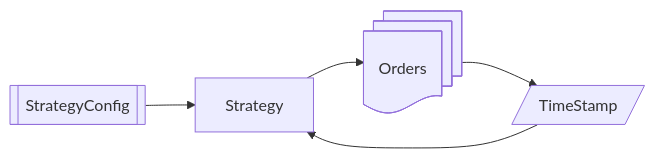
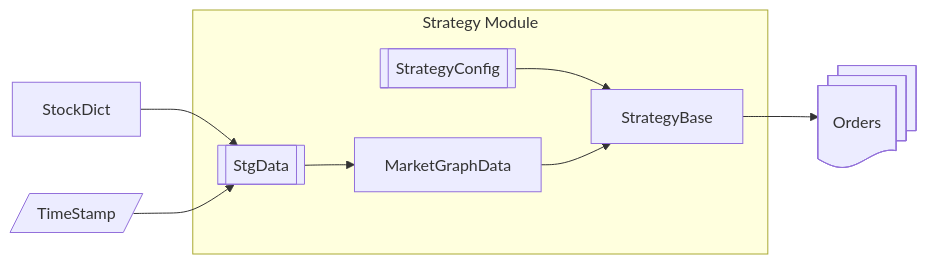
Before and after one commit to dev-ddr/finmetry: the diagram in docs/concepts/strategy_handling_module.md, drawn with Mermaid. The commit also changed other lines of this file and 7 other files, not shown here.

````diff
--- a/docs/concepts/strategy_handling_module.md
+++ b/docs/concepts/strategy_handling_module.md
@@ -5,15 +7,19 @@
 ```mermaid
 
 flowchart LR
 
-sconfig[[StrategyConfig]]
-stg1[Strategy]
+subgraph STG["Strategy Module"]
+    stgdata[[StgData]] -->
+    mgd["MarketGraphData"]
+    config[[StrategyConfig]] -->
+    stg1[StrategyBase]
+
+    mgd --> stg1
+end
+sd1[StockDict] --> stgdata
+stginput@{ shape: lean-r, label: "TimeStamp" }
 orders@{ shape: docs, label: "Orders" }
-stginput@{ shape: lean-r, label: "TimeStamp" }
-
-sconfig --> stg1
+stginput --> stgdata
 stg1 --> orders
-orders --> stginput
-stginput --> stg1
 
 ```
````
